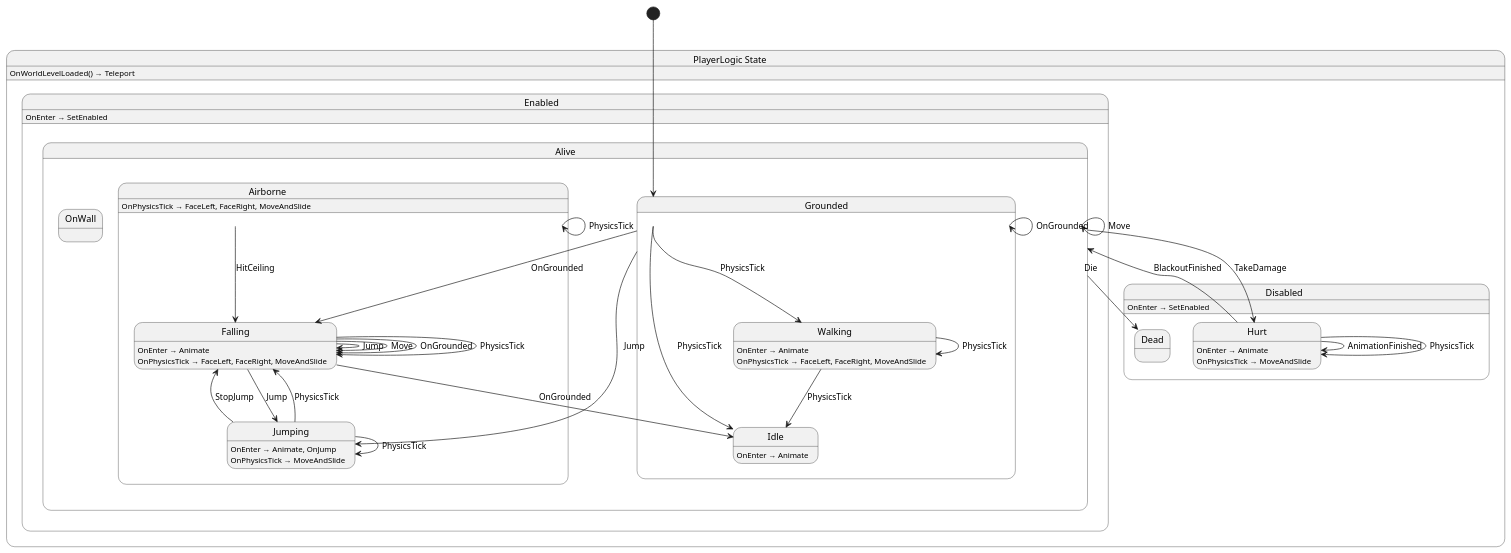
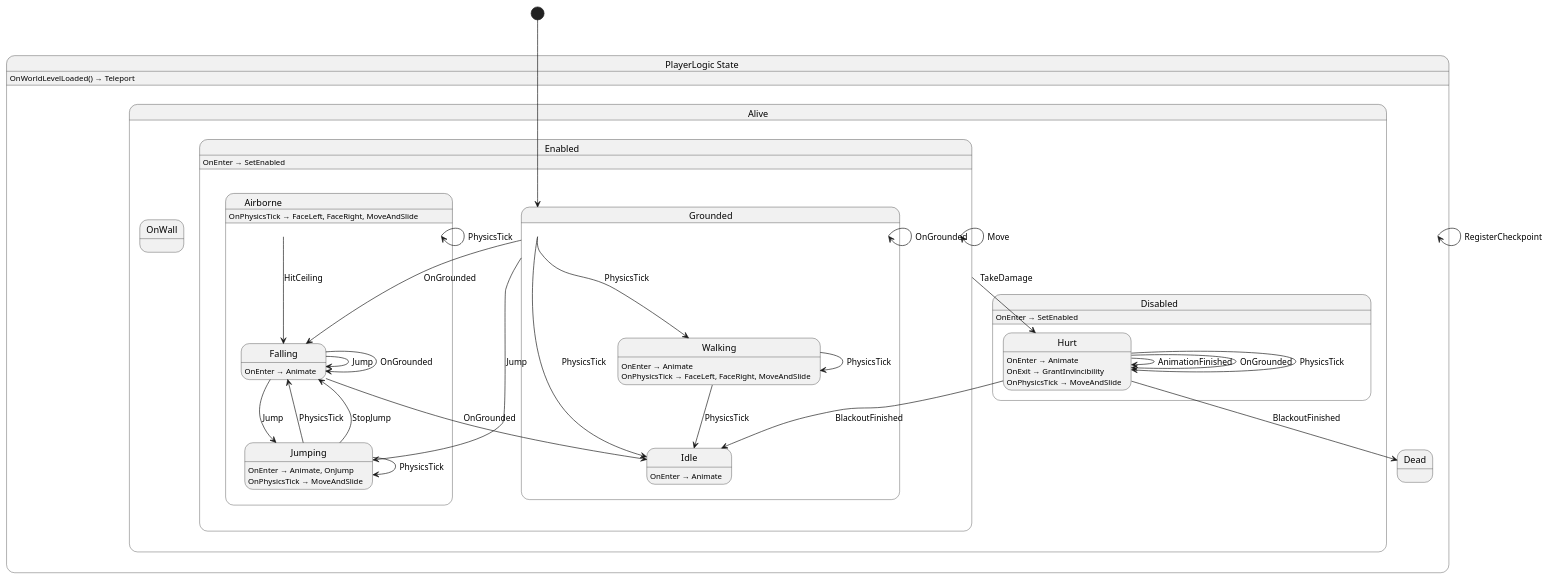
The diagram in Yolk.Logic/Player/PlayerLogic.g.puml (nilsiker/yolk), drawn with PlantUML before and after one commit. The commit also changed 34 other files, not shown here.

```diff
--- a/Yolk.Logic/Player/PlayerLogic.g.puml
+++ b/Yolk.Logic/Player/PlayerLogic.g.puml
@@ -1,62 +1,62 @@
 @startuml PlayerLogic
 state "PlayerLogic State" as Yolk_Logic_Player_PlayerLogic_State {
-  state "Disabled" as Yolk_Logic_Player_PlayerLogic_State_Disabled {
-    state "Dead" as Yolk_Logic_Player_PlayerLogic_State_Disabled_Dead
-    state "Hurt" as Yolk_Logic_Player_PlayerLogic_State_Disabled_Hurt
+  state "Alive" as Yolk_Logic_Player_PlayerLogic_State_Alive {
+    state "Disabled" as Yolk_Logic_Player_PlayerLogic_State_Alive_Disabled {
+      state "Hurt" as Yolk_Logic_Player_PlayerLogic_State_Alive_Disabled_Hurt
+    }
+    state "Enabled" as Yolk_Logic_Player_PlayerLogic_State_Alive_Enabled {
+      state "Airborne" as Yolk_Logic_Player_PlayerLogic_State_Alive_Enabled_Airborne {
+        state "Falling" as Yolk_Logic_Player_PlayerLogic_State_Alive_Enabled_Airborne_Falling
+        state "Jumping" as Yolk_Logic_Player_PlayerLogic_State_Alive_Enabled_Airborne_Jumping
+      }
+      state "Grounded" as Yolk_Logic_Player_PlayerLogic_State_Alive_Enabled_Grounded {
+        state "Idle" as Yolk_Logic_Player_PlayerLogic_State_Alive_Enabled_Grounded_Idle
+        state "Walking" as Yolk_Logic_Player_PlayerLogic_State_Alive_Enabled_Grounded_Walking
+      }
+    }
+    state "OnWall" as Yolk_Logic_Player_PlayerLogic_State_Alive_Enabled_OnWall
   }
-  state "Enabled" as Yolk_Logic_Player_PlayerLogic_State_Enabled {
-    state "Alive" as Yolk_Logic_Player_PlayerLogic_State_Enabled_Alive {
-      state "Airborne" as Yolk_Logic_Player_PlayerLogic_State_Enabled_Alive_Airborne {
-        state "Falling" as Yolk_Logic_Player_PlayerLogic_State_Enabled_Alive_Airborne_Falling
-        state "Jumping" as Yolk_Logic_Player_PlayerLogic_State_Enabled_Alive_Airborne_Jumping
-      }
-      state "Grounded" as Yolk_Logic_Player_PlayerLogic_State_Enabled_Alive_Grounded {
-        state "Idle" as Yolk_Logic_Player_PlayerLogic_State_Enabled_Alive_Grounded_Idle
-        state "Walking" as Yolk_Logic_Player_PlayerLogic_State_Enabled_Alive_Grounded_Walking
-      }
-      state "OnWall" as Yolk_Logic_Player_PlayerLogic_State_Enabled_Alive_OnWall
-    }
-  }
+  state "Dead" as Yolk_Logic_Player_PlayerLogic_State_Dead
 }
 
-Yolk_Logic_Player_PlayerLogic_State_Disabled_Hurt --> Yolk_Logic_Player_PlayerLogic_State_Disabled_Hurt : AnimationFinished
-Yolk_Logic_Player_PlayerLogic_State_Disabled_Hurt --> Yolk_Logic_Player_PlayerLogic_State_Disabled_Hurt : PhysicsTick
-Yolk_Logic_Player_PlayerLogic_State_Disabled_Hurt --> Yolk_Logic_Player_PlayerLogic_State_Enabled_Alive : BlackoutFinished
-Yolk_Logic_Player_PlayerLogic_State_Enabled_Alive --> Yolk_Logic_Player_PlayerLogic_State_Disabled_Dead : Die
-Yolk_Logic_Player_PlayerLogic_State_Enabled_Alive --> Yolk_Logic_Player_PlayerLogic_State_Disabled_Hurt : TakeDamage
-Yolk_Logic_Player_PlayerLogic_State_Enabled_Alive --> Yolk_Logic_Player_PlayerLogic_State_Enabled_Alive : Move
-Yolk_Logic_Player_PlayerLogic_State_Enabled_Alive_Airborne --> Yolk_Logic_Player_PlayerLogic_State_Enabled_Alive_Airborne : PhysicsTick
-Yolk_Logic_Player_PlayerLogic_State_Enabled_Alive_Airborne --> Yolk_Logic_Player_PlayerLogic_State_Enabled_Alive_Airborne_Falling : HitCeiling
-Yolk_Logic_Player_PlayerLogic_State_Enabled_Alive_Airborne_Falling --> Yolk_Logic_Player_PlayerLogic_State_Enabled_Alive_Airborne_Falling : Jump
-Yolk_Logic_Player_PlayerLogic_State_Enabled_Alive_Airborne_Falling --> Yolk_Logic_Player_PlayerLogic_State_Enabled_Alive_Airborne_Falling : Move
-Yolk_Logic_Player_PlayerLogic_State_Enabled_Alive_Airborne_Falling --> Yolk_Logic_Player_PlayerLogic_State_Enabled_Alive_Airborne_Falling : OnGrounded
-Yolk_Logic_Player_PlayerLogic_State_Enabled_Alive_Airborne_Falling --> Yolk_Logic_Player_PlayerLogic_State_Enabled_Alive_Airborne_Falling : PhysicsTick
-Yolk_Logic_Player_PlayerLogic_State_Enabled_Alive_Airborne_Falling --> Yolk_Logic_Player_PlayerLogic_State_Enabled_Alive_Airborne_Jumping : Jump
-Yolk_Logic_Player_PlayerLogic_State_Enabled_Alive_Airborne_Falling --> Yolk_Logic_Player_PlayerLogic_State_Enabled_Alive_Grounded_Idle : OnGrounded
-Yolk_Logic_Player_PlayerLogic_State_Enabled_Alive_Airborne_Jumping --> Yolk_Logic_Player_PlayerLogic_State_Enabled_Alive_Airborne_Falling : PhysicsTick
-Yolk_Logic_Player_PlayerLogic_State_Enabled_Alive_Airborne_Jumping --> Yolk_Logic_Player_PlayerLogic_State_Enabled_Alive_Airborne_Falling : StopJump
-Yolk_Logic_Player_PlayerLogic_State_Enabled_Alive_Airborne_Jumping --> Yolk_Logic_Player_PlayerLogic_State_Enabled_Alive_Airborne_Jumping : PhysicsTick
-Yolk_Logic_Player_PlayerLogic_State_Enabled_Alive_Grounded --> Yolk_Logic_Player_PlayerLogic_State_Enabled_Alive_Airborne_Falling : OnGrounded
-Yolk_Logic_Player_PlayerLogic_State_Enabled_Alive_Grounded --> Yolk_Logic_Player_PlayerLogic_State_Enabled_Alive_Airborne_Jumping : Jump
-Yolk_Logic_Player_PlayerLogic_State_Enabled_Alive_Grounded --> Yolk_Logic_Player_PlayerLogic_State_Enabled_Alive_Grounded : OnGrounded
-Yolk_Logic_Player_PlayerLogic_State_Enabled_Alive_Grounded --> Yolk_Logic_Player_PlayerLogic_State_Enabled_Alive_Grounded_Idle : PhysicsTick
-Yolk_Logic_Player_PlayerLogic_State_Enabled_Alive_Grounded --> Yolk_Logic_Player_PlayerLogic_State_Enabled_Alive_Grounded_Walking : PhysicsTick
-Yolk_Logic_Player_PlayerLogic_State_Enabled_Alive_Grounded_Walking --> Yolk_Logic_Player_PlayerLogic_State_Enabled_Alive_Grounded_Idle : PhysicsTick
-Yolk_Logic_Player_PlayerLogic_State_Enabled_Alive_Grounded_Walking --> Yolk_Logic_Player_PlayerLogic_State_Enabled_Alive_Grounded_Walking : PhysicsTick
+Yolk_Logic_Player_PlayerLogic_State --> Yolk_Logic_Player_PlayerLogic_State : RegisterCheckpoint
+Yolk_Logic_Player_PlayerLogic_State_Alive_Disabled_Hurt --> Yolk_Logic_Player_PlayerLogic_State_Alive_Disabled_Hurt : AnimationFinished
+Yolk_Logic_Player_PlayerLogic_State_Alive_Disabled_Hurt --> Yolk_Logic_Player_PlayerLogic_State_Alive_Disabled_Hurt : OnGrounded
+Yolk_Logic_Player_PlayerLogic_State_Alive_Disabled_Hurt --> Yolk_Logic_Player_PlayerLogic_State_Alive_Disabled_Hurt : PhysicsTick
+Yolk_Logic_Player_PlayerLogic_State_Alive_Disabled_Hurt --> Yolk_Logic_Player_PlayerLogic_State_Alive_Enabled_Grounded_Idle : BlackoutFinished
+Yolk_Logic_Player_PlayerLogic_State_Alive_Disabled_Hurt --> Yolk_Logic_Player_PlayerLogic_State_Dead : BlackoutFinished
+Yolk_Logic_Player_PlayerLogic_State_Alive_Enabled --> Yolk_Logic_Player_PlayerLogic_State_Alive_Disabled_Hurt : TakeDamage
+Yolk_Logic_Player_PlayerLogic_State_Alive_Enabled --> Yolk_Logic_Player_PlayerLogic_State_Alive_Enabled : Move
+Yolk_Logic_Player_PlayerLogic_State_Alive_Enabled_Airborne --> Yolk_Logic_Player_PlayerLogic_State_Alive_Enabled_Airborne : PhysicsTick
+Yolk_Logic_Player_PlayerLogic_State_Alive_Enabled_Airborne --> Yolk_Logic_Player_PlayerLogic_State_Alive_Enabled_Airborne_Falling : HitCeiling
+Yolk_Logic_Player_PlayerLogic_State_Alive_Enabled_Airborne_Falling --> Yolk_Logic_Player_PlayerLogic_State_Alive_Enabled_Airborne_Falling : Jump
+Yolk_Logic_Player_PlayerLogic_State_Alive_Enabled_Airborne_Falling --> Yolk_Logic_Player_PlayerLogic_State_Alive_Enabled_Airborne_Falling : OnGrounded
+Yolk_Logic_Player_PlayerLogic_State_Alive_Enabled_Airborne_Falling --> Yolk_Logic_Player_PlayerLogic_State_Alive_Enabled_Airborne_Jumping : Jump
+Yolk_Logic_Player_PlayerLogic_State_Alive_Enabled_Airborne_Falling --> Yolk_Logic_Player_PlayerLogic_State_Alive_Enabled_Grounded_Idle : OnGrounded
+Yolk_Logic_Player_PlayerLogic_State_Alive_Enabled_Airborne_Jumping --> Yolk_Logic_Player_PlayerLogic_State_Alive_Enabled_Airborne_Falling : PhysicsTick
+Yolk_Logic_Player_PlayerLogic_State_Alive_Enabled_Airborne_Jumping --> Yolk_Logic_Player_PlayerLogic_State_Alive_Enabled_Airborne_Falling : StopJump
+Yolk_Logic_Player_PlayerLogic_State_Alive_Enabled_Airborne_Jumping --> Yolk_Logic_Player_PlayerLogic_State_Alive_Enabled_Airborne_Jumping : PhysicsTick
+Yolk_Logic_Player_PlayerLogic_State_Alive_Enabled_Grounded --> Yolk_Logic_Player_PlayerLogic_State_Alive_Enabled_Airborne_Falling : OnGrounded
+Yolk_Logic_Player_PlayerLogic_State_Alive_Enabled_Grounded --> Yolk_Logic_Player_PlayerLogic_State_Alive_Enabled_Airborne_Jumping : Jump
+Yolk_Logic_Player_PlayerLogic_State_Alive_Enabled_Grounded --> Yolk_Logic_Player_PlayerLogic_State_Alive_Enabled_Grounded : OnGrounded
+Yolk_Logic_Player_PlayerLogic_State_Alive_Enabled_Grounded --> Yolk_Logic_Player_PlayerLogic_State_Alive_Enabled_Grounded_Idle : PhysicsTick
+Yolk_Logic_Player_PlayerLogic_State_Alive_Enabled_Grounded --> Yolk_Logic_Player_PlayerLogic_State_Alive_Enabled_Grounded_Walking : PhysicsTick
+Yolk_Logic_Player_PlayerLogic_State_Alive_Enabled_Grounded_Walking --> Yolk_Logic_Player_PlayerLogic_State_Alive_Enabled_Grounded_Idle : PhysicsTick
+Yolk_Logic_Player_PlayerLogic_State_Alive_Enabled_Grounded_Walking --> Yolk_Logic_Player_PlayerLogic_State_Alive_Enabled_Grounded_Walking : PhysicsTick
 
 Yolk_Logic_Player_PlayerLogic_State : OnWorldLevelLoaded() → Teleport
-Yolk_Logic_Player_PlayerLogic_State_Disabled : OnEnter → SetEnabled
-Yolk_Logic_Player_PlayerLogic_State_Disabled_Hurt : OnEnter → Animate
-Yolk_Logic_Player_PlayerLogic_State_Disabled_Hurt : OnPhysicsTick → MoveAndSlide
-Yolk_Logic_Player_PlayerLogic_State_Enabled : OnEnter → SetEnabled
-Yolk_Logic_Player_PlayerLogic_State_Enabled_Alive_Airborne : OnPhysicsTick → FaceLeft, FaceRight, MoveAndSlide
-Yolk_Logic_Player_PlayerLogic_State_Enabled_Alive_Airborne_Falling : OnEnter → Animate
-Yolk_Logic_Player_PlayerLogic_State_Enabled_Alive_Airborne_Falling : OnPhysicsTick → FaceLeft, FaceRight, MoveAndSlide
-Yolk_Logic_Player_PlayerLogic_State_Enabled_Alive_Airborne_Jumping : OnEnter → Animate, OnJump
-Yolk_Logic_Player_PlayerLogic_State_Enabled_Alive_Airborne_Jumping : OnPhysicsTick → MoveAndSlide
-Yolk_Logic_Player_PlayerLogic_State_Enabled_Alive_Grounded_Idle : OnEnter → Animate
-Yolk_Logic_Player_PlayerLogic_State_Enabled_Alive_Grounded_Walking : OnEnter → Animate
-Yolk_Logic_Player_PlayerLogic_State_Enabled_Alive_Grounded_Walking : OnPhysicsTick → FaceLeft, FaceRight, MoveAndSlide
+Yolk_Logic_Player_PlayerLogic_State_Alive_Disabled : OnEnter → SetEnabled
+Yolk_Logic_Player_PlayerLogic_State_Alive_Disabled_Hurt : OnEnter → Animate
+Yolk_Logic_Player_PlayerLogic_State_Alive_Disabled_Hurt : OnExit → GrantInvincibility
+Yolk_Logic_Player_PlayerLogic_State_Alive_Disabled_Hurt : OnPhysicsTick → MoveAndSlide
+Yolk_Logic_Player_PlayerLogic_State_Alive_Enabled : OnEnter → SetEnabled
+Yolk_Logic_Player_PlayerLogic_State_Alive_Enabled_Airborne : OnPhysicsTick → FaceLeft, FaceRight, MoveAndSlide
+Yolk_Logic_Player_PlayerLogic_State_Alive_Enabled_Airborne_Falling : OnEnter → Animate
+Yolk_Logic_Player_PlayerLogic_State_Alive_Enabled_Airborne_Jumping : OnEnter → Animate, OnJump
+Yolk_Logic_Player_PlayerLogic_State_Alive_Enabled_Airborne_Jumping : OnPhysicsTick → MoveAndSlide
+Yolk_Logic_Player_PlayerLogic_State_Alive_Enabled_Grounded_Idle : OnEnter → Animate
+Yolk_Logic_Player_PlayerLogic_State_Alive_Enabled_Grounded_Walking : OnEnter → Animate
+Yolk_Logic_Player_PlayerLogic_State_Alive_Enabled_Grounded_Walking : OnPhysicsTick → FaceLeft, FaceRight, MoveAndSlide
 
-[*] --> Yolk_Logic_Player_PlayerLogic_State_Enabled_Alive_Grounded
+[*] --> Yolk_Logic_Player_PlayerLogic_State_Alive_Enabled_Grounded
 @enduml
```
